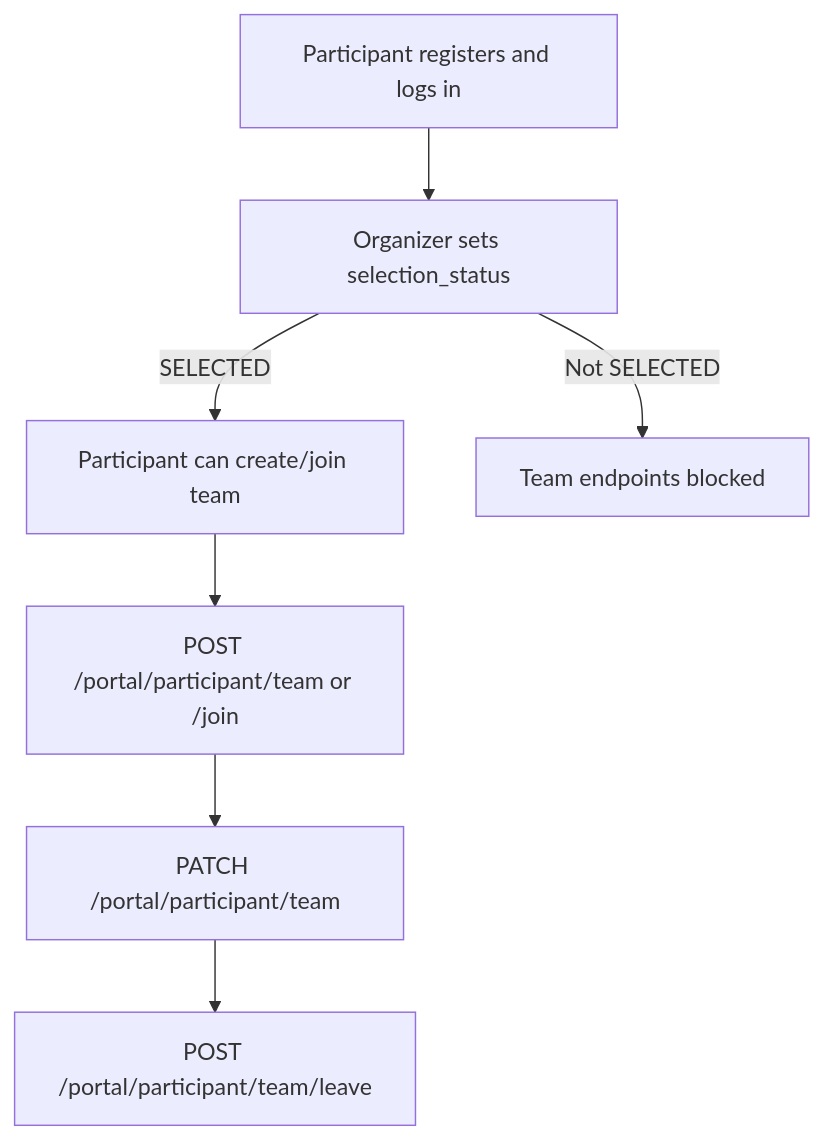
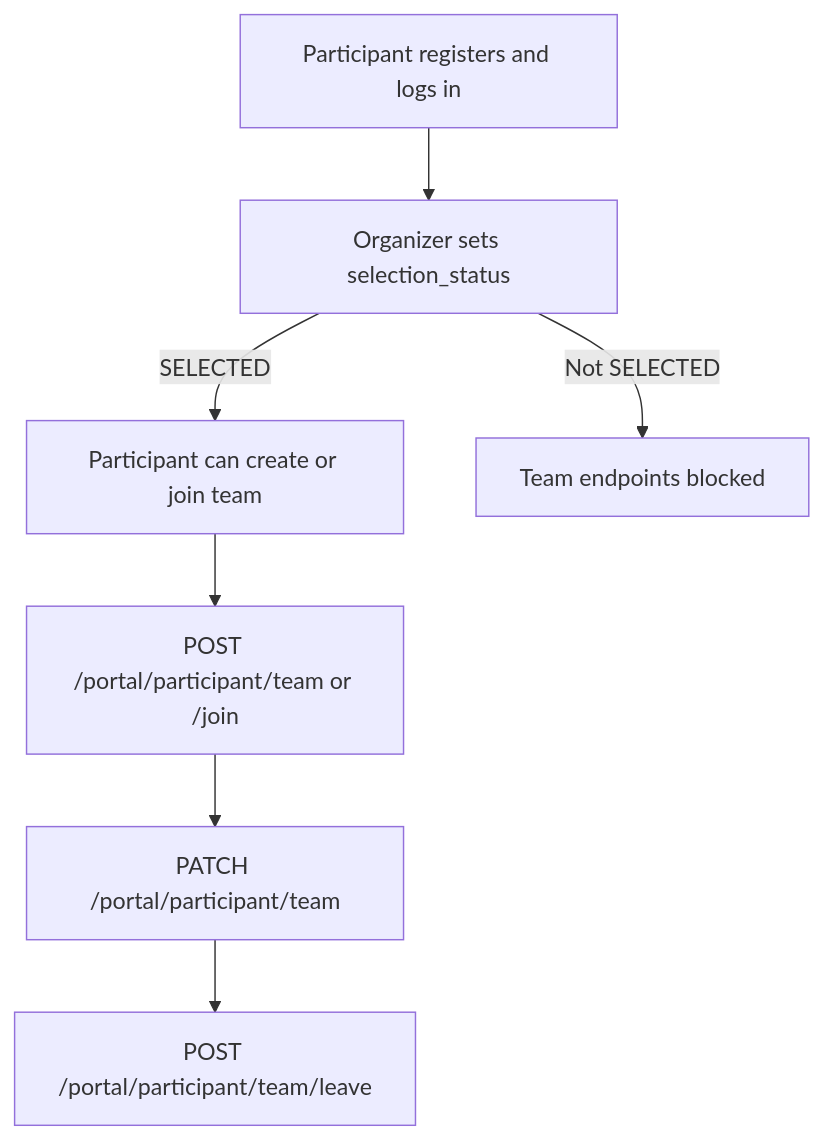
One commit to BradyTun/Let-s-Tech-Project-Planning-App changed the eighth of 9 diagrams in API_WORKFLOWS.md. Above: the diagram before and after it, drawn with Mermaid. The commit also changed other lines of this file and 2 other files, not shown here.

Commit message:
refactor(api): rename project endpoints to epic endpoints

````diff
--- a/API_WORKFLOWS.md
+++ b/API_WORKFLOWS.md
@@ -192,9 +192,9 @@
 ```mermaid
 flowchart TD
-    A[Participant registers and logs in] --> B[Organizer sets selection_status]
-    B -->|SELECTED| C[Participant can create/join team]
-    B -->|Not SELECTED| D[Team endpoints blocked]
-    C --> E[POST /portal/participant/team or /join]
-    E --> F[PATCH /portal/participant/team]
-    F --> G[POST /portal/participant/team/leave]
+    A["Participant registers and logs in"] --> B["Organizer sets selection_status"]
+    B -->|SELECTED| C["Participant can create or join team"]
+    B -->|Not SELECTED| D["Team endpoints blocked"]
+    C --> E["POST /portal/participant/team or /join"]
+    E --> F["PATCH /portal/participant/team"]
+    F --> G["POST /portal/participant/team/leave"]
 ```
````
